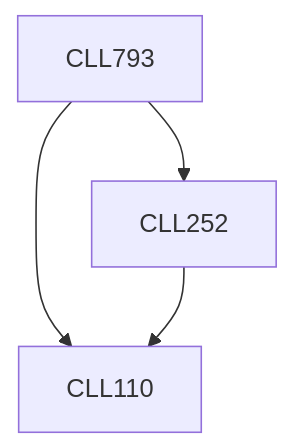
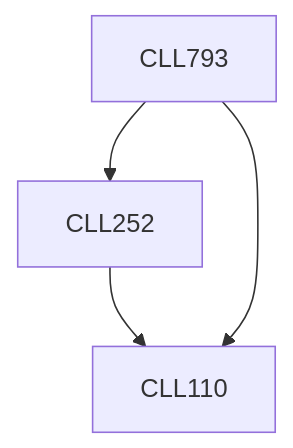
Before and after one commit to KeshavBansal0122/CoS_Website: the diagram in content/Chemical Engineering/CLL793.md, drawn with Mermaid. The commit also changed other lines of this file and 392 other files, not shown here.

````diff
--- a/content/Chemical Engineering/CLL793.md
+++ b/content/Chemical Engineering/CLL793.md
@@ -13,10 +13,10 @@
 ```mermaid
 flowchart TD
 CLL793-166[CLL793]
+CLL252-166 --> CLL110-166[CLL110]
 CLL793-166 --> CLL110-166[CLL110]
-CLL252-166 --> CLL110-166[CLL110]
 CLL793-166 --> CLL252-166[CLL252]
 
 classDef empty height:17px, fill:transparent, stroke:transparent;
 classDef trueEmpty height:0px, width:0px;
 ```
````
